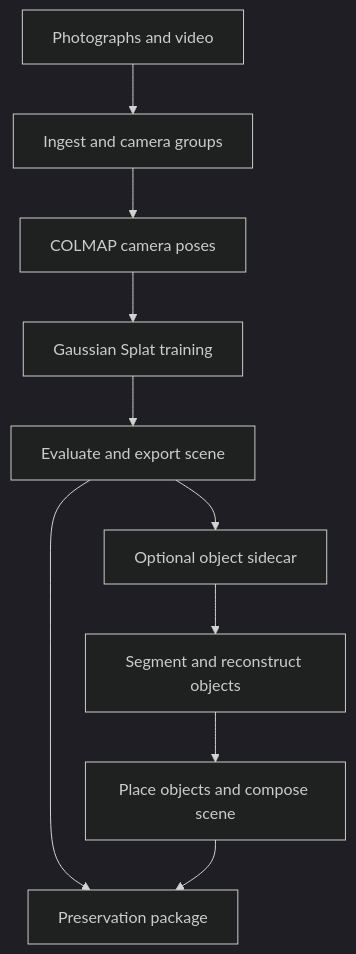
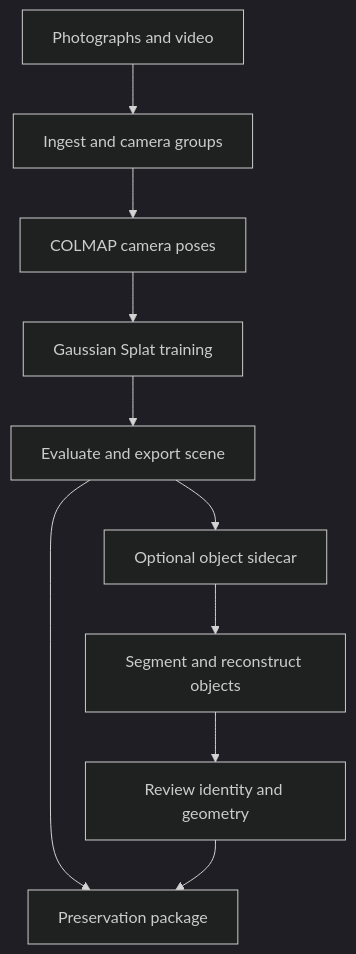
The diagram in README.md (ArtechShadow/UOS-Vitrine), drawn with Mermaid (dark theme) before and after one commit. The commit also changed other lines of this file and 65 other files, not shown here.

````diff
--- a/README.md
+++ b/README.md
@@ -114,12 +136,12 @@
 ```mermaid
 flowchart TB
     capture["Photographs and video"] --> ingest["Ingest and camera groups"]
     ingest --> poses["COLMAP camera poses"]
     poses --> train["Gaussian Splat training"]
     train --> scene["Evaluate and export scene"]
     scene --> archive["Preservation package"]
     scene --> sidecar["Optional object sidecar"]
     sidecar --> objects["Segment and reconstruct objects"]
-    objects --> compose["Place objects and compose scene"]
-    compose --> archive
+    objects --> review["Review identity and geometry"]
+    review --> archive
 ```
````
